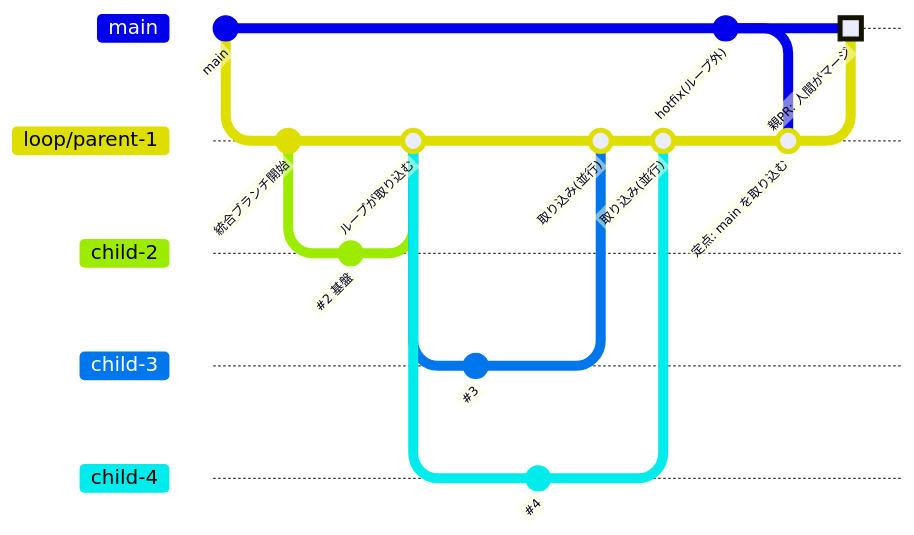
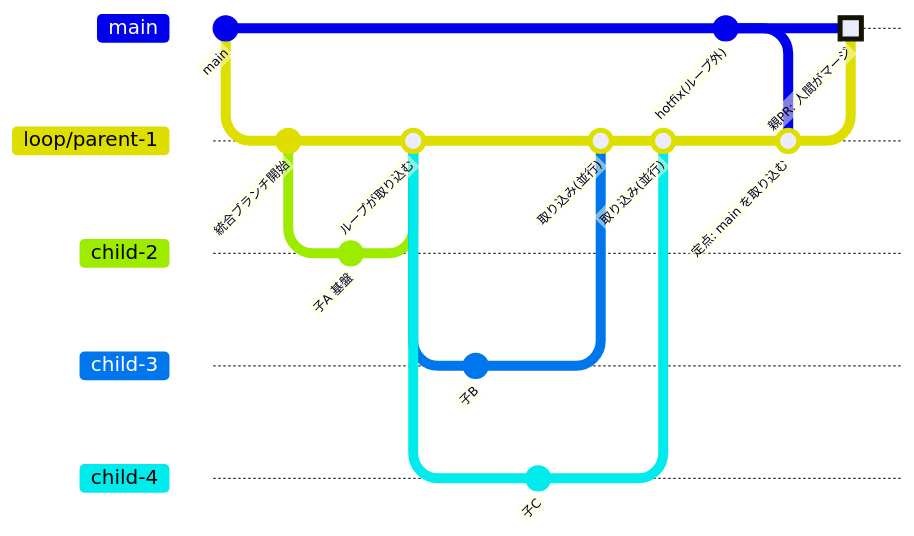
The third of 3 diagrams in README.md (reonyanarticle/tasuki), drawn with Mermaid before and after one commit. The commit also changed 15 other files, not shown here.

````diff
--- a/README.md
+++ b/README.md
@@ -180,26 +180,26 @@
 ```mermaid
 gitGraph
     accTitle: ブランチの流れ
     accDescr: 子 PR は統合ブランチへ合流し、ループが取り込む。ループ外の hotfix はレイヤーの区切りで main から統合ブランチへ取り込まれる。main に入る経路は親 PR の人間マージただ1つである。
     commit id: "main"
     branch loop/parent-1
     commit id: "統合ブランチ開始"
     branch child-2
-    commit id: "#2 基盤"
+    commit id: "子A 基盤"
     checkout loop/parent-1
     merge child-2 id: "ループが取り込む"
     branch child-3
-    commit id: "#3"
+    commit id: "子B"
     checkout loop/parent-1
     branch child-4
-    commit id: "#4"
+    commit id: "子C"
     checkout loop/parent-1
     merge child-3 id: "取り込み(並行)"
     merge child-4 id: "取り込み(並行) "
     checkout main
     commit id: "hotfix(ループ外)"
     checkout loop/parent-1
     merge main id: "定点: main を取り込む"
     checkout main
     merge loop/parent-1 id: "親PR: 人間がマージ" type: HIGHLIGHT
 ```
````
